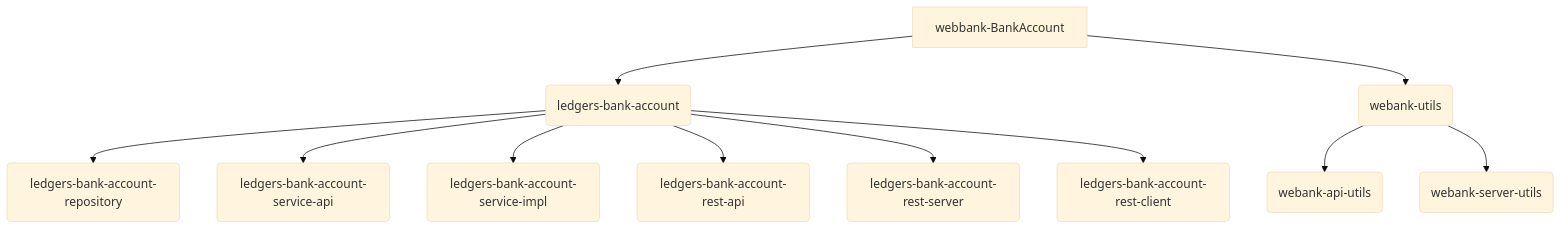
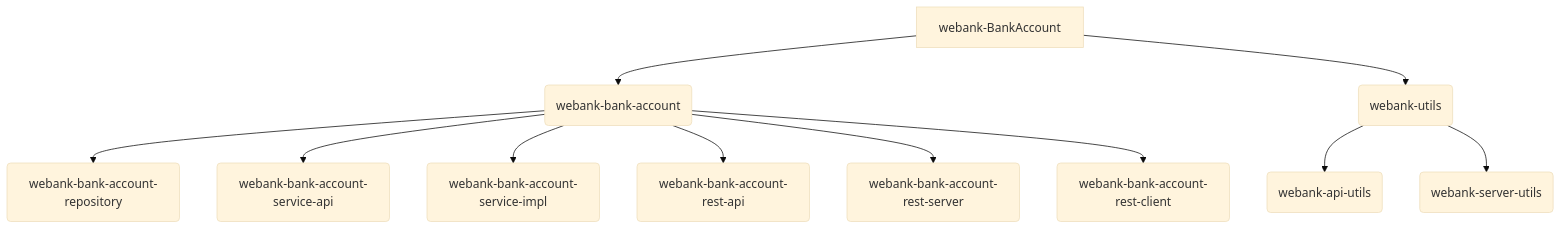
Before and after one commit to ADORSYS-GIS/webank-BankAccount: the third of 16 diagrams in Docs/Architecture_DAS.md, drawn with Mermaid (base theme). The commit also changed other lines of this file and 366 other files, not shown here.

Commit message:
refactor:renaming module from ledgers to webank

````diff
--- a/Docs/Architecture_DAS.md
+++ b/Docs/Architecture_DAS.md
@@ -123,14 +123,14 @@
 ```mermaid
 graph TD
-    webbank-BankAccount --> A(ledgers-bank-account) 
-        A --> B(ledgers-bank-account-repository)
-        A --> C(ledgers-bank-account-service-api)
-        A --> D(ledgers-bank-account-service-impl)
-        A --> E(ledgers-bank-account-rest-api)
-        A --> F(ledgers-bank-account-rest-server)
-        A --> G(ledgers-bank-account-rest-client)
+    webank-BankAccount --> A(webank-bank-account) 
+        A --> B(webank-bank-account-repository)
+        A --> C(webank-bank-account-service-api)
+        A --> D(webank-bank-account-service-impl)
+        A --> E(webank-bank-account-rest-api)
+        A --> F(webank-bank-account-rest-server)
+        A --> G(webank-bank-account-rest-client)
 
-    webbank-BankAccount --> H(webank-utils) 
+    webank-BankAccount --> H(webank-utils) 
         H --> I(webank-api-utils)
         H --> J(webank-server-utils)
 ```
````
